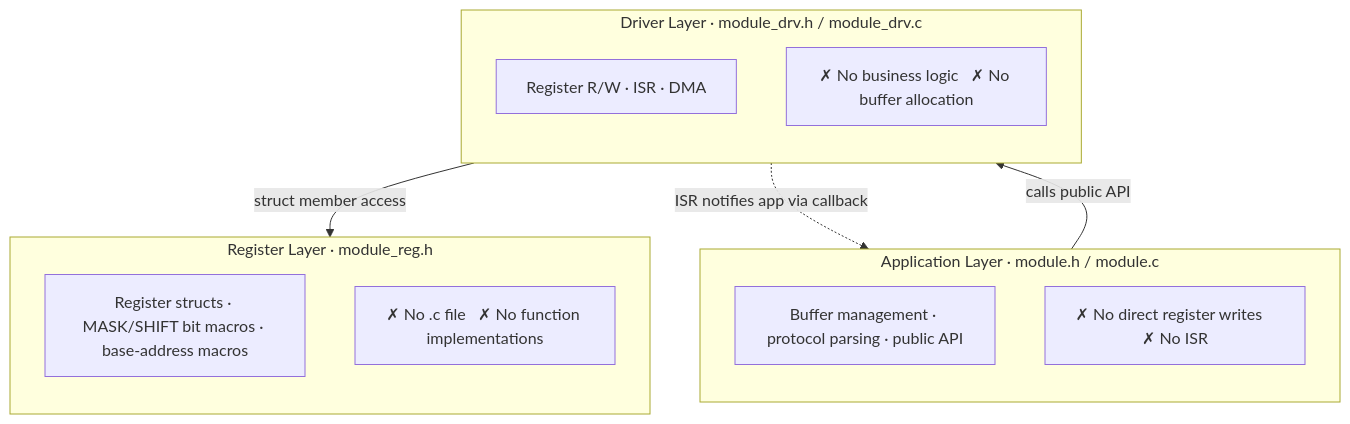
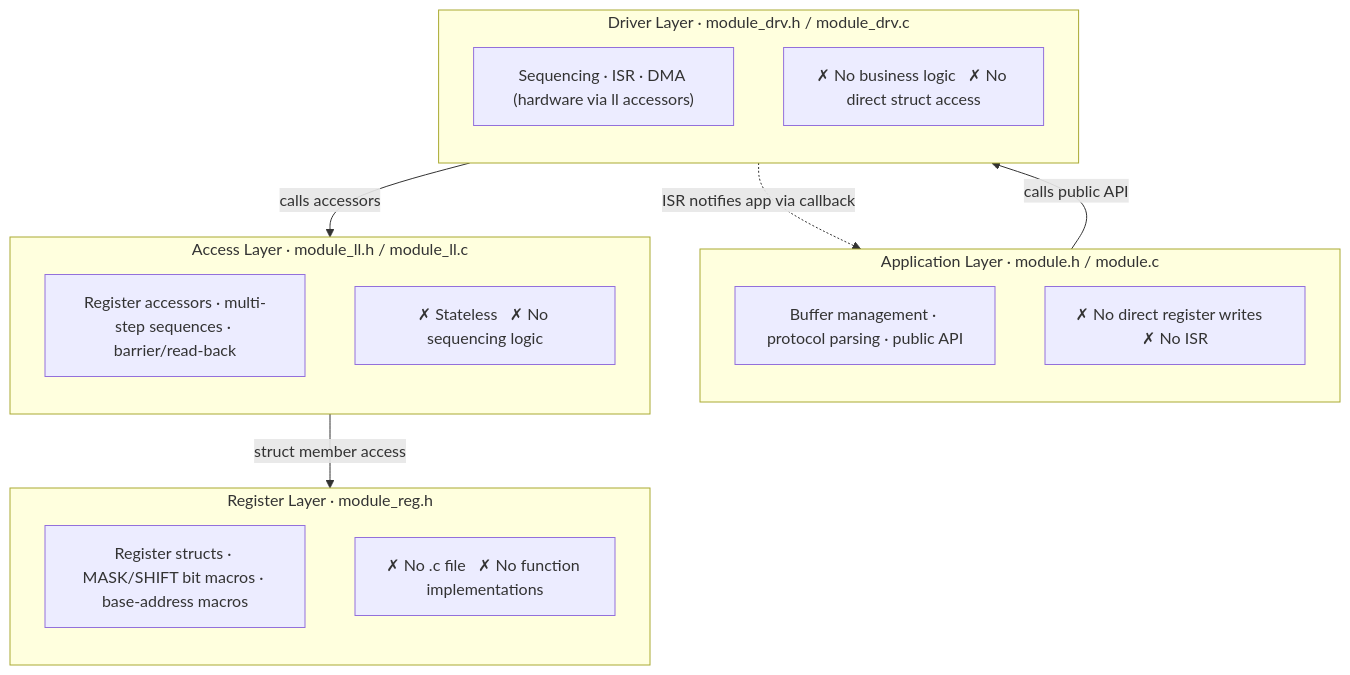
Before and after one commit to leon-2050/embedded-code-skill: the diagram in README_EN.md, drawn with Mermaid. The commit also changed other lines of this file and 3 other files, not shown here.

````diff
--- a/README_EN.md
+++ b/README_EN.md
@@ -63,22 +62,28 @@
 ```mermaid
 flowchart TB
     subgraph APP["Application Layer · module.h / module.c"]
         direction TB
         A1["Buffer management · protocol parsing · public API"]
         A2["✗ No direct register writes   ✗ No ISR"]
     end
     subgraph DRV["Driver Layer · module_drv.h / module_drv.c"]
         direction TB
-        D1["Register R/W · ISR · DMA"]
-        D2["✗ No business logic   ✗ No buffer allocation"]
+        D1["Sequencing · ISR · DMA (hardware via ll accessors)"]
+        D2["✗ No business logic   ✗ No direct struct access"]
+    end
+    subgraph LL["Access Layer · module_ll.h / module_ll.c"]
+        direction TB
+        L1["Register accessors · multi-step sequences · barrier/read-back"]
+        L2["✗ Stateless   ✗ No sequencing logic"]
     end
     subgraph REG["Register Layer · module_reg.h"]
         direction TB
         R1["Register structs · MASK/SHIFT bit macros · base-address macros"]
         R2["✗ No .c file   ✗ No function implementations"]
     end
 
     APP -->|"calls public API"| DRV
-    DRV -->|"struct member access"| REG
+    DRV -->|"calls accessors"| LL
+    LL -->|"struct member access"| REG
     DRV -.->|"ISR notifies app via callback"| APP
 ```
````
